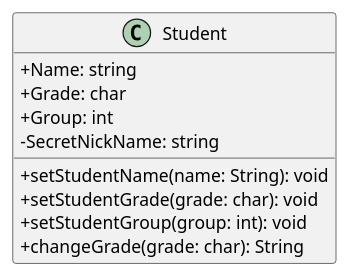
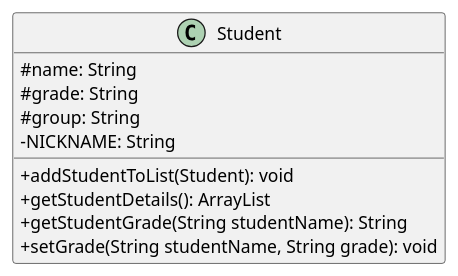
The diagram in Student.puml (cliveford/studentTracker), drawn with PlantUML before and after one commit. The commit also changed 4 other files, not shown here.

```diff
--- a/Student.puml
+++ b/Student.puml
@@ -1,17 +1,18 @@
 @startuml
 'https://plantuml.com/class-diagram
 skinparam classAttributeIconSize 0
 
 
 class Student {
-+Name: string
-+Grade: char
-+Group: int
--SecretNickName: string
-+setStudentName(name: String): void
-+setStudentGrade(grade: char): void
-+setStudentGroup(group: int): void
-+changeGrade(grade: char): String
+#name: String
+#grade: String
+#group: String
+-NICKNAME: String
++addStudentToList(Student): void
++getStudentDetails(): ArrayList
++getStudentGrade(String studentName): String
++setGrade(String studentName, String grade): void
+
 }
 
 @enduml
```
